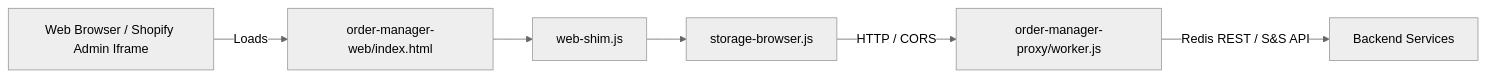
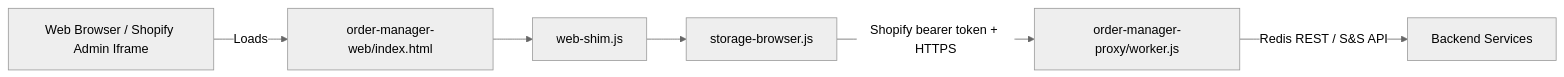
Before and after one commit to personman1234567/PrintMO-Order-Management: the diagram in docs/official-docs/workflows/web-shopify-porting.md, drawn with Mermaid (neutral theme). The commit also changed other lines of this file and 19 other files, not shown here.

````diff
--- a/docs/official-docs/workflows/web-shopify-porting.md
+++ b/docs/official-docs/workflows/web-shopify-porting.md
@@ -25,8 +25,8 @@
 ```mermaid
 flowchart LR
     Browser[Web Browser / Shopify Admin Iframe] -->|Loads| IndexHTML[order-manager-web/index.html]
     IndexHTML --> WebShim[web-shim.js]
     WebShim --> StorageBrowser[storage-browser.js]
-    StorageBrowser -->|HTTP / CORS| CFWorker[order-manager-proxy/worker.js]
+    StorageBrowser -->|Shopify bearer token + HTTPS| CFWorker[order-manager-proxy/worker.js]
     CFWorker -->|Redis REST / S&S API| BackendServices[Backend Services]
 ```
````
